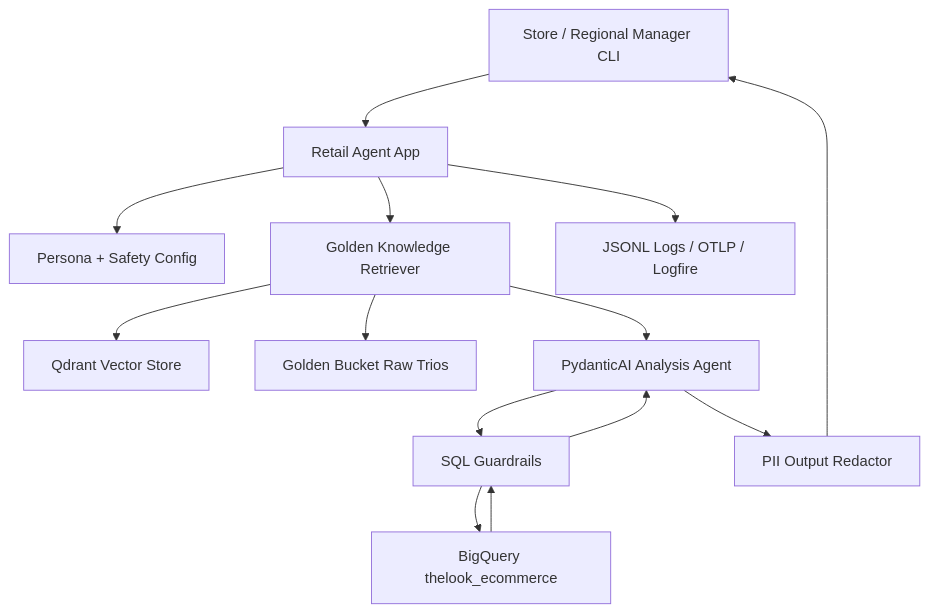
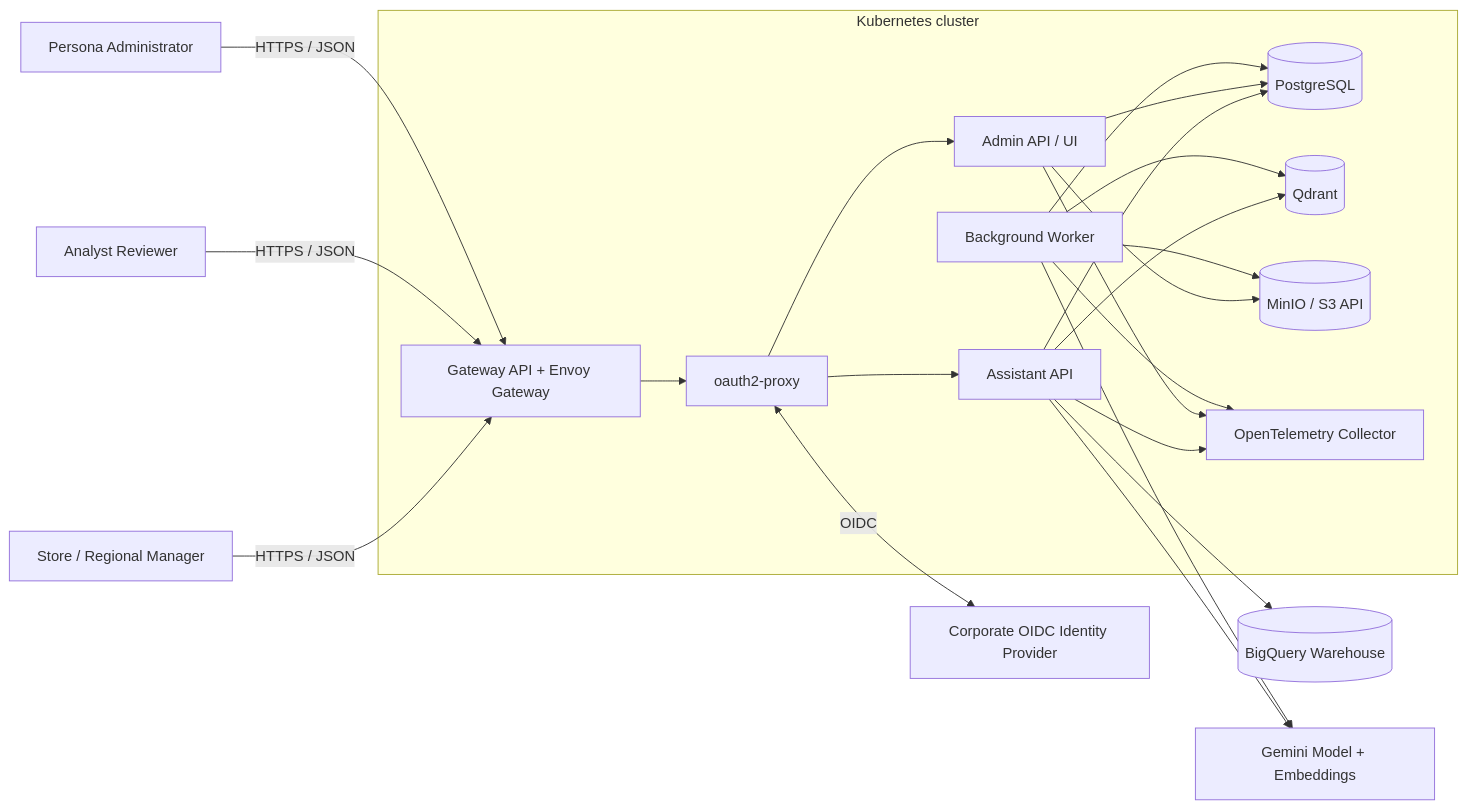
One commit to eugenenazirov/data-analysis-chat-assistant changed the first of 4 diagrams in docs/architecture.md. Above: the diagram before and after it, drawn with Mermaid. The commit also changed other lines of this file and 36 other files, not shown here.

````diff
--- a/docs/architecture.md
+++ b/docs/architecture.md
@@ -5,16 +34,44 @@
 ```mermaid
-flowchart TD
-    Manager["Store / Regional Manager CLI"] --> App["Retail Agent App"]
-    App --> Config["Persona + Safety Config"]
-    App --> Retriever["Golden Knowledge Retriever"]
-    Retriever --> Qdrant["Qdrant Vector Store"]
-    Retriever --> GoldenRaw["Golden Bucket Raw Trios"]
-    Retriever --> Agent["PydanticAI Analysis Agent"]
-    Agent --> Guard["SQL Guardrails"]
-    Guard --> BQ["BigQuery thelook_ecommerce"]
-    BQ --> Guard
-    Guard --> Agent
-    Agent --> Redactor["PII Output Redactor"]
-    Redactor --> Manager
-    App --> Logs["JSONL Logs / OTLP / Logfire"]
+flowchart LR
+    Manager["Store / Regional Manager"]
+    Analyst["Analyst Reviewer"]
+    Admin["Persona Administrator"]
+    IdP["Corporate OIDC Identity Provider"]
+
+    subgraph Cluster["Kubernetes cluster"]
+        Gateway["Gateway API + Envoy Gateway"]
+        Auth["oauth2-proxy"]
+        Assistant["Assistant API"]
+        AdminApp["Admin API / UI"]
+        Worker["Background Worker"]
+        Postgres[("PostgreSQL")]
+        Qdrant[("Qdrant")]
+        MinIO[("MinIO / S3 API")]
+        OTel["OpenTelemetry Collector"]
+    end
+
+    BigQuery[("BigQuery Warehouse")]
+    Gemini["Gemini Model + Embeddings"]
+
+    Manager -->|"HTTPS / JSON"| Gateway
+    Analyst -->|"HTTPS / JSON"| Gateway
+    Admin -->|"HTTPS / JSON"| Gateway
+    Gateway --> Auth
+    Auth <-->|"OIDC"| IdP
+    Auth --> Assistant
+    Auth --> AdminApp
+
+    Assistant --> Postgres
+    Assistant --> Qdrant
+    Assistant --> BigQuery
+    Assistant --> Gemini
+    AdminApp --> Postgres
+    AdminApp --> MinIO
+    Worker --> Postgres
+    Worker --> Gemini
+    Worker --> Qdrant
+    Worker --> MinIO
+    Assistant --> OTel
+    AdminApp --> OTel
+    Worker --> OTel
 ```
````
